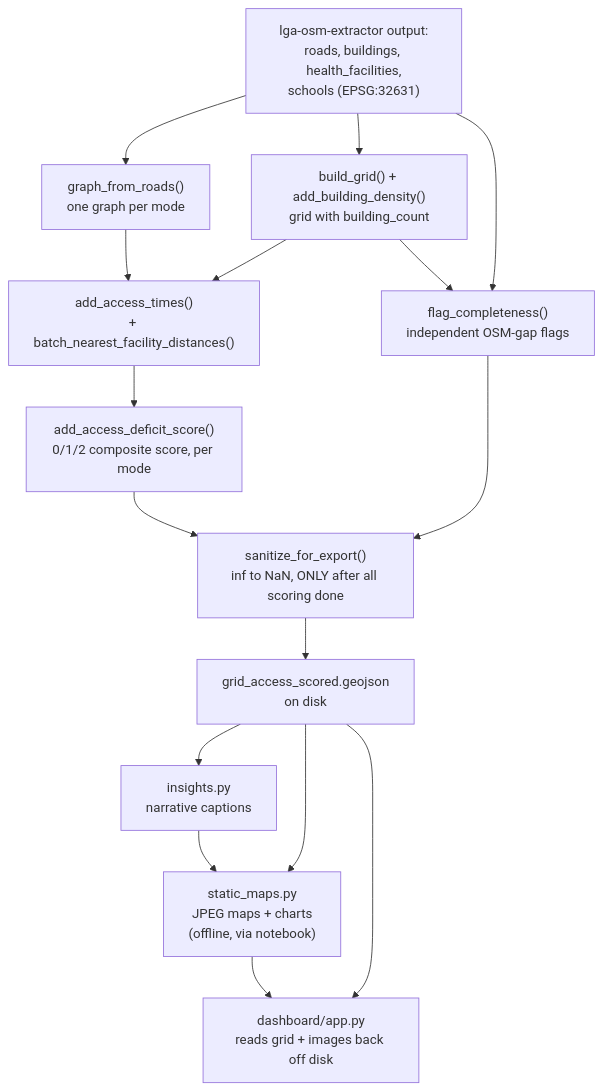
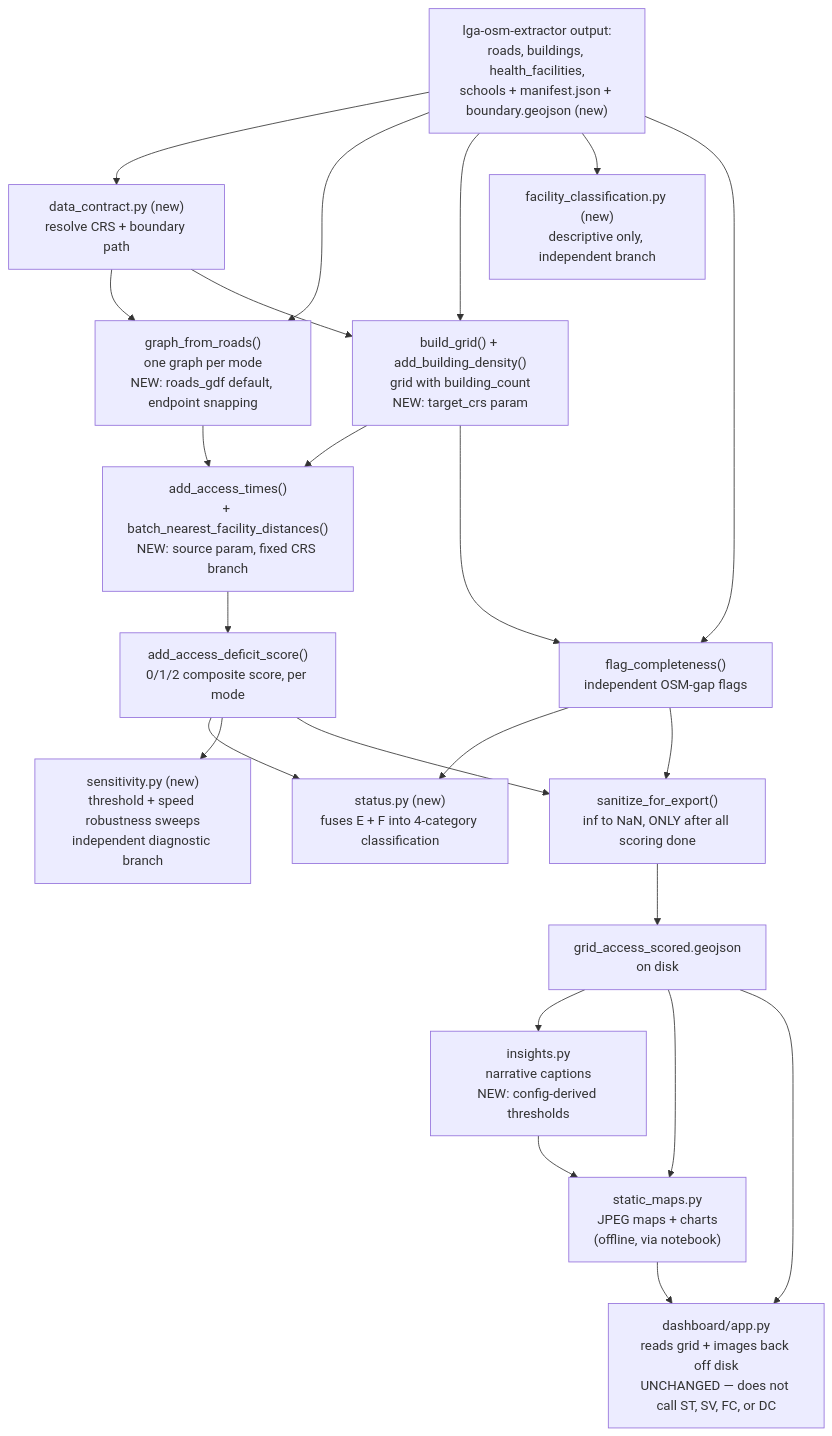
Before and after one commit to Mapkathon2026-UseOSM/UseOSM_Mapkathon-Submission-documentation: the diagram in docs/akure-accessibility-dashboard/data-flow.md, drawn with Mermaid. The commit also changed other lines of this file and 12 other files, not shown here.

````diff
--- a/docs/akure-accessibility-dashboard/data-flow.md
+++ b/docs/akure-accessibility-dashboard/data-flow.md
@@ -142,18 +216,25 @@
 ```mermaid
 flowchart TD
-    A["lga-osm-extractor output:<br/>roads, buildings, health_facilities,<br/>schools (EPSG:32631)"] --> B["graph_from_roads()<br/>one graph per mode"]
-    A --> C["build_grid() + add_building_density()<br/>grid with building_count"]
-    B --> D["add_access_times()<br/>+ batch_nearest_facility_distances()"]
+    A["lga-osm-extractor output:<br/>roads, buildings, health_facilities,<br/>schools + manifest.json + boundary.geojson (new)"] --> DC["data_contract.py (new)<br/>resolve CRS + boundary path"]
+    DC --> B["graph_from_roads()<br/>one graph per mode<br/>NEW: roads_gdf default, endpoint snapping"]
+    A --> B
+    DC --> C["build_grid() + add_building_density()<br/>grid with building_count<br/>NEW: target_crs param"]
+    A --> C
+    A --> FC["facility_classification.py (new)<br/>descriptive only, independent branch"]
+    B --> D["add_access_times()<br/>+ batch_nearest_facility_distances()<br/>NEW: source param, fixed CRS branch"]
     C --> D
     D --> E["add_access_deficit_score()<br/>0/1/2 composite score, per mode"]
     A --> F["flag_completeness()<br/>independent OSM-gap flags"]
     C --> F
+    E --> ST["status.py (new)<br/>fuses E + F into 4-category classification"]
+    F --> ST
+    E --> SV["sensitivity.py (new)<br/>threshold + speed robustness sweeps<br/>independent diagnostic branch"]
     E --> G["sanitize_for_export()<br/>inf to NaN, ONLY after all scoring done"]
     F --> G
     G --> H["grid_access_scored.geojson<br/>on disk"]
-    H --> I["insights.py<br/>narrative captions"]
+    H --> I["insights.py<br/>narrative captions<br/>NEW: config-derived thresholds"]
     H --> J["static_maps.py<br/>JPEG maps + charts<br/>(offline, via notebook)"]
     I --> J
-    H --> K["dashboard/app.py<br/>reads grid + images back off disk"]
+    H --> K["dashboard/app.py<br/>reads grid + images back off disk<br/>UNCHANGED — does not call ST, SV, FC, or DC"]
     J --> K
 ```
````
